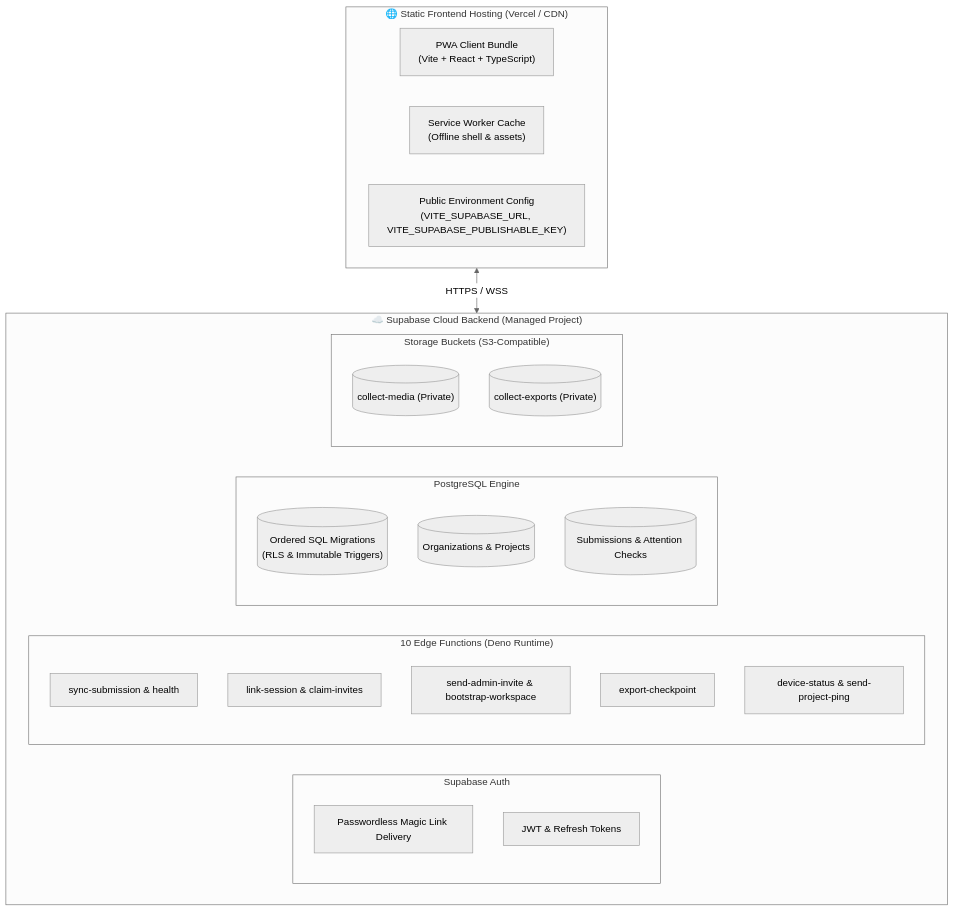
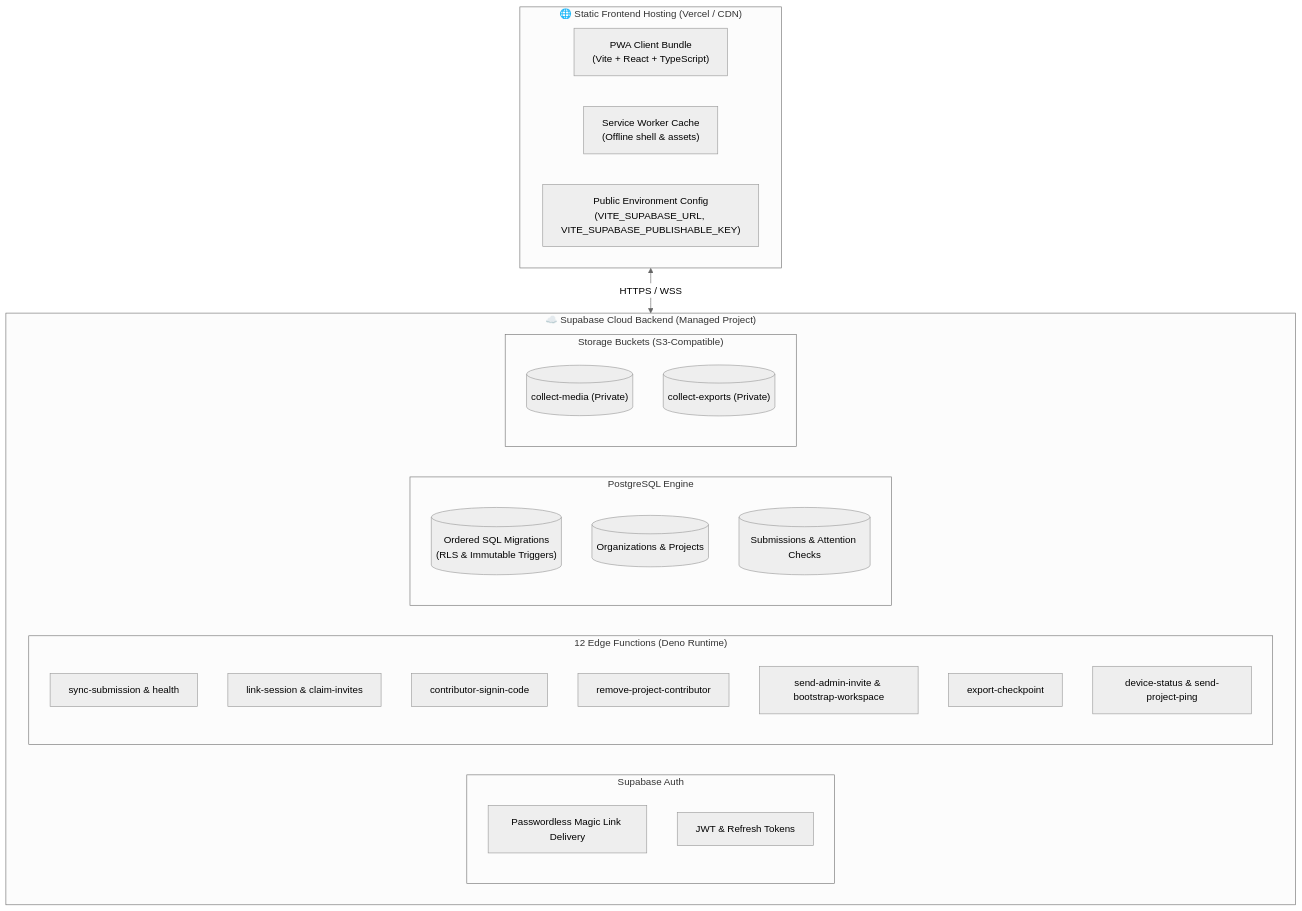
Before and after one commit to gbrlpzz/collect: the diagram in docs/deployment.md, drawn with Mermaid (neutral theme). The commit also changed other lines of this file and 9 other files, not shown here.

First line of the commit message:
fix(homepage): repair schema row truncation and flow title sizing; docs for sign-in codes

````diff
--- a/docs/deployment.md
+++ b/docs/deployment.md
@@ -9,39 +9,41 @@
 ```mermaid
 flowchart TB
   accTitle: Collect Deployment Model and Infrastructure
   accDescr: Topology of frontend static hosting and backend Supabase managed cloud infrastructure including Auth, Edge Functions, PostgreSQL, and Storage.
 
   subgraph FrontendHosting["🌐 Static Frontend Hosting (Vercel / CDN)"]
     PWABundle["PWA Client Bundle<br/>(Vite + React + TypeScript)"]
     ServiceWorker["Service Worker Cache<br/>(Offline shell & assets)"]
     PublicConfig["Public Environment Config<br/>(VITE_SUPABASE_URL, VITE_SUPABASE_PUBLISHABLE_KEY)"]
   end
 
   subgraph SupabaseBackend["☁️ Supabase Cloud Backend (Managed Project)"]
     subgraph AuthModule["Supabase Auth"]
       MagicLinks["Passwordless Magic Link Delivery"]
       SessionManager["JWT & Refresh Tokens"]
     end
 
-    subgraph EdgeModule["10 Edge Functions (Deno Runtime)"]
+    subgraph EdgeModule["12 Edge Functions (Deno Runtime)"]
       FnSync["sync-submission & health"]
       FnAuth["link-session & claim-invites"]
+      FnSignIn["contributor-signin-code"]
+      FnRoster["remove-project-contributor"]
       FnAdmin["send-admin-invite & bootstrap-workspace"]
       FnExport["export-checkpoint"]
       FnPing["device-status & send-project-ping"]
     end
 
     subgraph DBModule["PostgreSQL Engine"]
       Migrations[("Ordered SQL Migrations<br/>(RLS & Immutable Triggers)")]
       OrgData[("Organizations & Projects")]
       SubData[("Submissions & Attention Checks")]
     end
 
     subgraph StorageModule["Storage Buckets (S3-Compatible)"]
       MediaBuck[("collect-media (Private)")]
       ExportBuck[("collect-exports (Private)")]
     end
   end
 
   FrontendHosting <-->|"HTTPS / WSS"| SupabaseBackend
 ```
````
